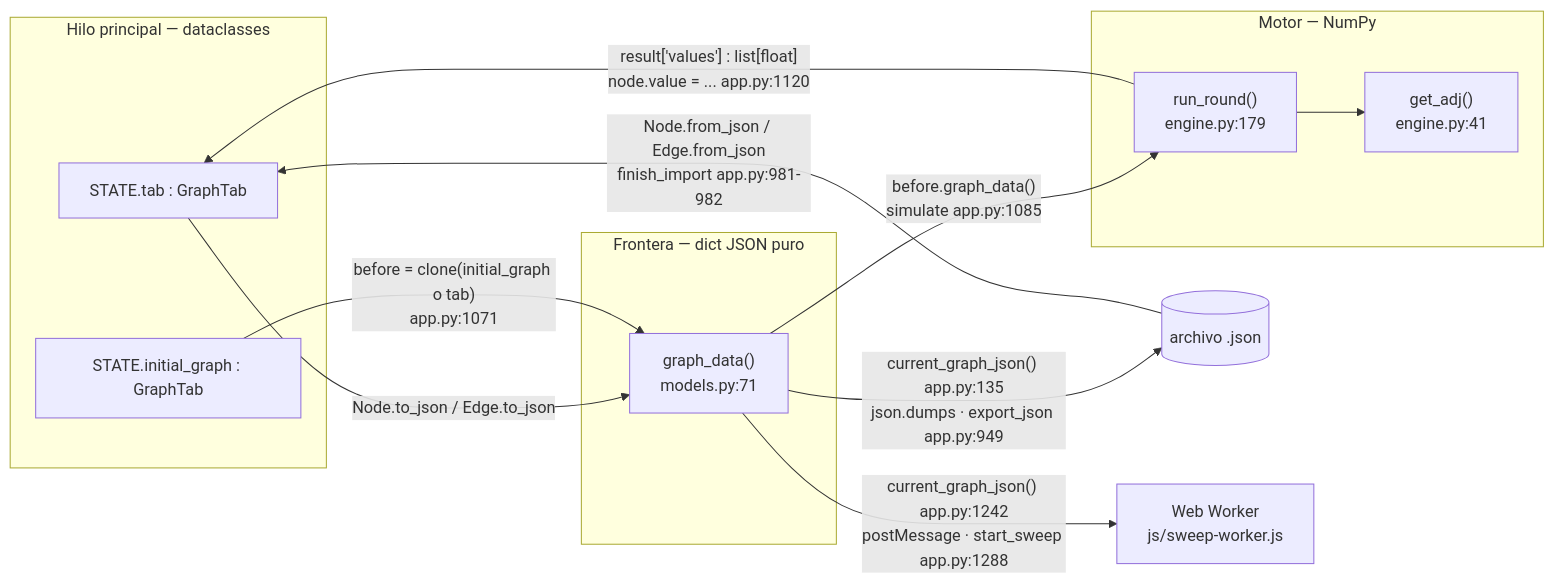
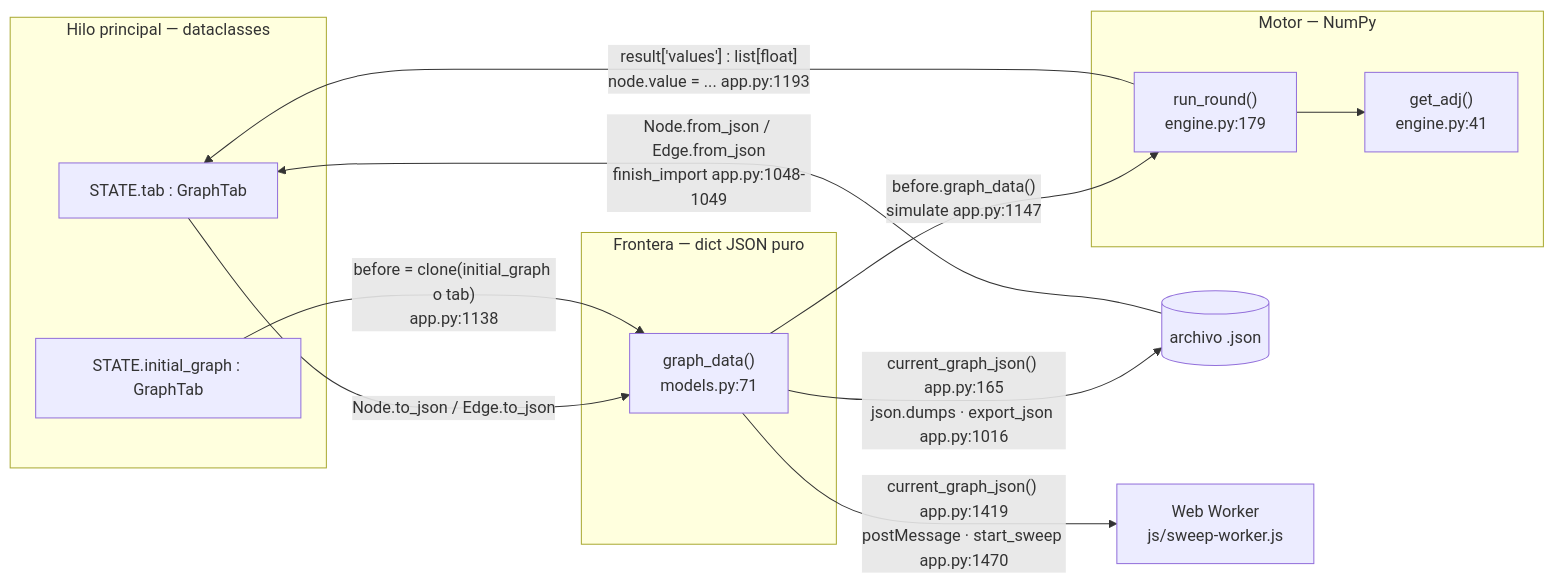
Before and after one commit to Rou-uu/consenso-simulador: the second of 4 diagrams in docs/02-modelo-de-datos.md, drawn with Mermaid. The commit also changed other lines of this file and 19 other files, not shown here.

````diff
--- a/docs/02-modelo-de-datos.md
+++ b/docs/02-modelo-de-datos.md
@@ -337,28 +337,28 @@
 ```mermaid
 flowchart LR
     subgraph EDITOR["Hilo principal — dataclasses"]
         ST["STATE.tab : GraphTab"]
         IG["STATE.initial_graph : GraphTab"]
     end
 
     subgraph JSONL["Frontera — dict JSON puro"]
         GD["graph_data()<br/>models.py:71"]
     end
 
     subgraph MOTOR["Motor — NumPy"]
         RR["run_round()<br/>engine.py:179"]
         ADJ["get_adj()<br/>engine.py:41"]
     end
 
     ARCH[("archivo .json")]
     WK["Web Worker<br/>js/sweep-worker.js"]
 
     ST -->|"Node.to_json / Edge.to_json"| GD
-    IG -->|"before = clone(initial_graph o tab)<br/>app.py:1071"| GD
-    GD -->|"before.graph_data()<br/>simulate app.py:1085"| RR
+    IG -->|"before = clone(initial_graph o tab)<br/>app.py:1138"| GD
+    GD -->|"before.graph_data()<br/>simulate app.py:1147"| RR
     RR --> ADJ
-    GD -->|"current_graph_json() app.py:135<br/>json.dumps · export_json app.py:949"| ARCH
-    GD -->|"current_graph_json() app.py:1242<br/>postMessage · start_sweep app.py:1288"| WK
-    ARCH -->|"Node.from_json / Edge.from_json<br/>finish_import app.py:981-982"| ST
-    RR -->|"result['values'] : list[float]<br/>node.value = ... app.py:1120"| ST
+    GD -->|"current_graph_json() app.py:165<br/>json.dumps · export_json app.py:1016"| ARCH
+    GD -->|"current_graph_json() app.py:1419<br/>postMessage · start_sweep app.py:1470"| WK
+    ARCH -->|"Node.from_json / Edge.from_json<br/>finish_import app.py:1048-1049"| ST
+    RR -->|"result['values'] : list[float]<br/>node.value = ... app.py:1193"| ST
 ```
````
